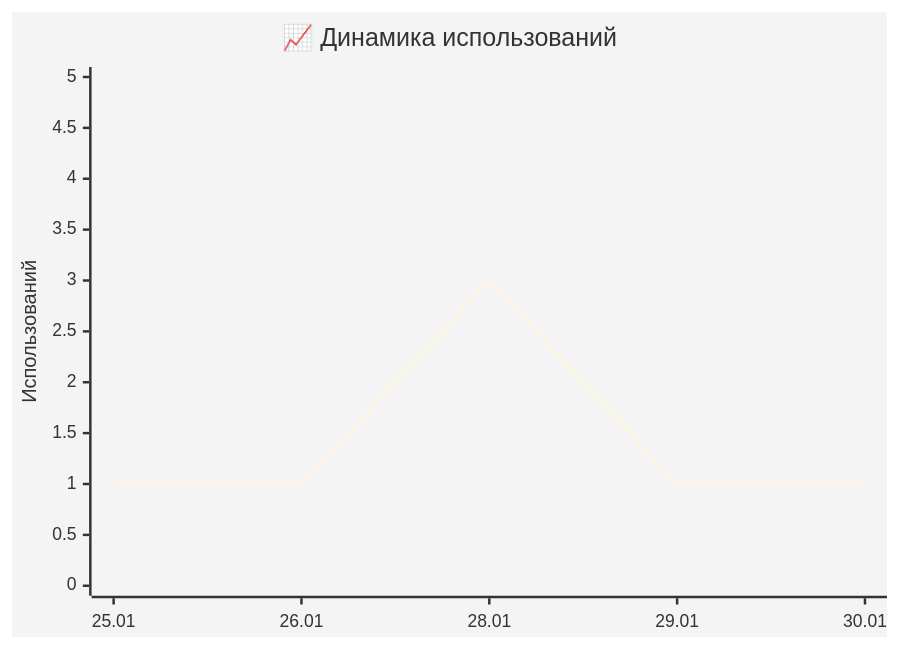
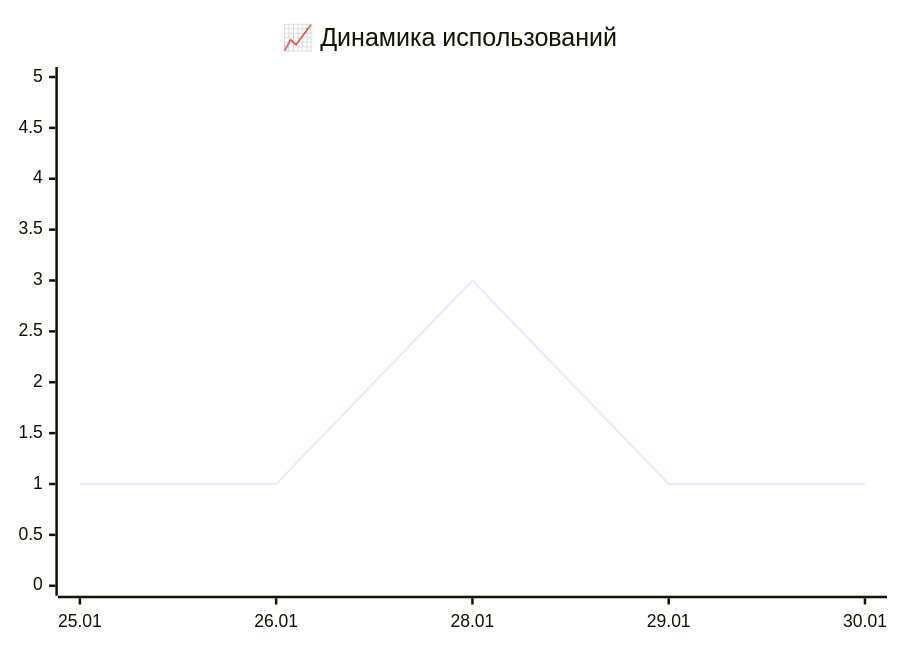
Before and after one commit to IliaKurdukov/the_security_curves: the first of 2 diagrams in README.md, drawn with Mermaid.

Commit message:
📊 Обновление аналитики 2026-01-30

````diff
--- a/README.md
+++ b/README.md
@@ -34,9 +34,12 @@
 ```mermaid
-%%{init: {'theme': 'base', 'config': {'width': 300, 'height': 200, 'showDataLabel': true}}}%%
+%%{init: {'config': {'width': 30, 
+                        'height': 20,
+                        'showDataLabel': true,
+                        'themeVariables': {plotColorPalette: '#3572a5'}}}}%%
 xychart-beta
     title "📈 Динамика использований"
     x-axis ["25.01", "26.01", "28.01", "29.01", "30.01"]
-    y-axis "Использований" 0 --> 5
+    y-axis "" 0 --> 5
     line [1, 1, 3, 1, 1]
 
 ```
````
